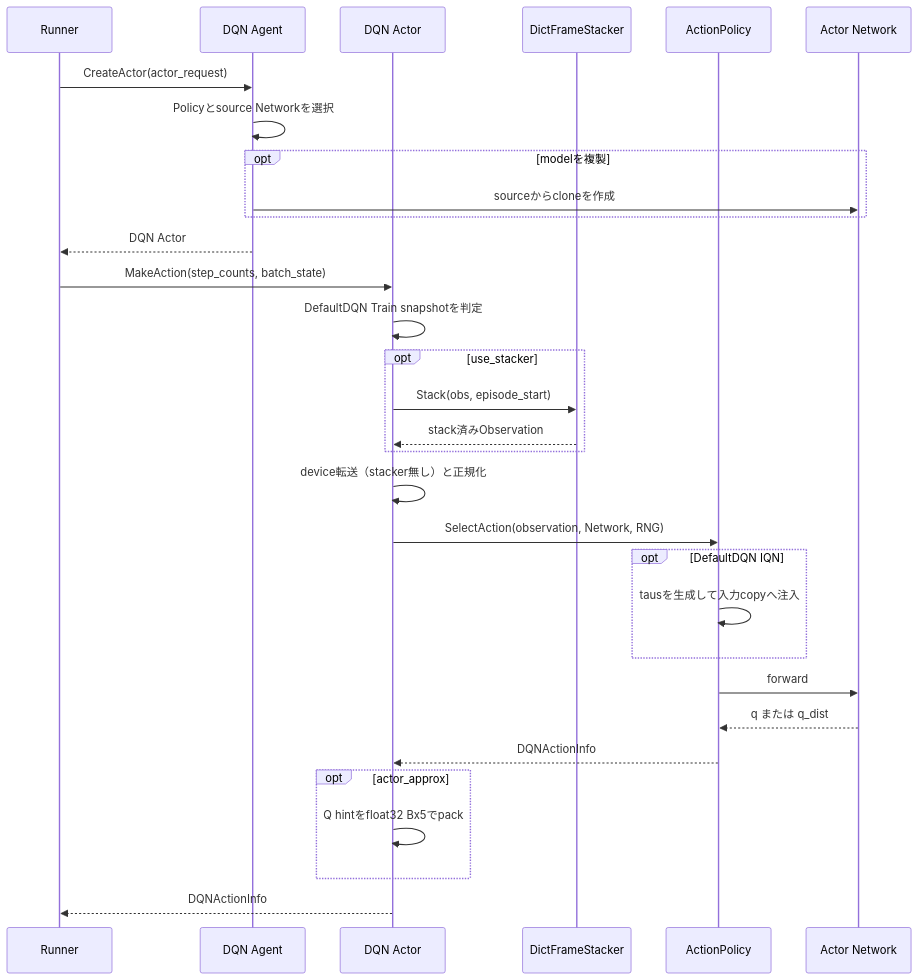
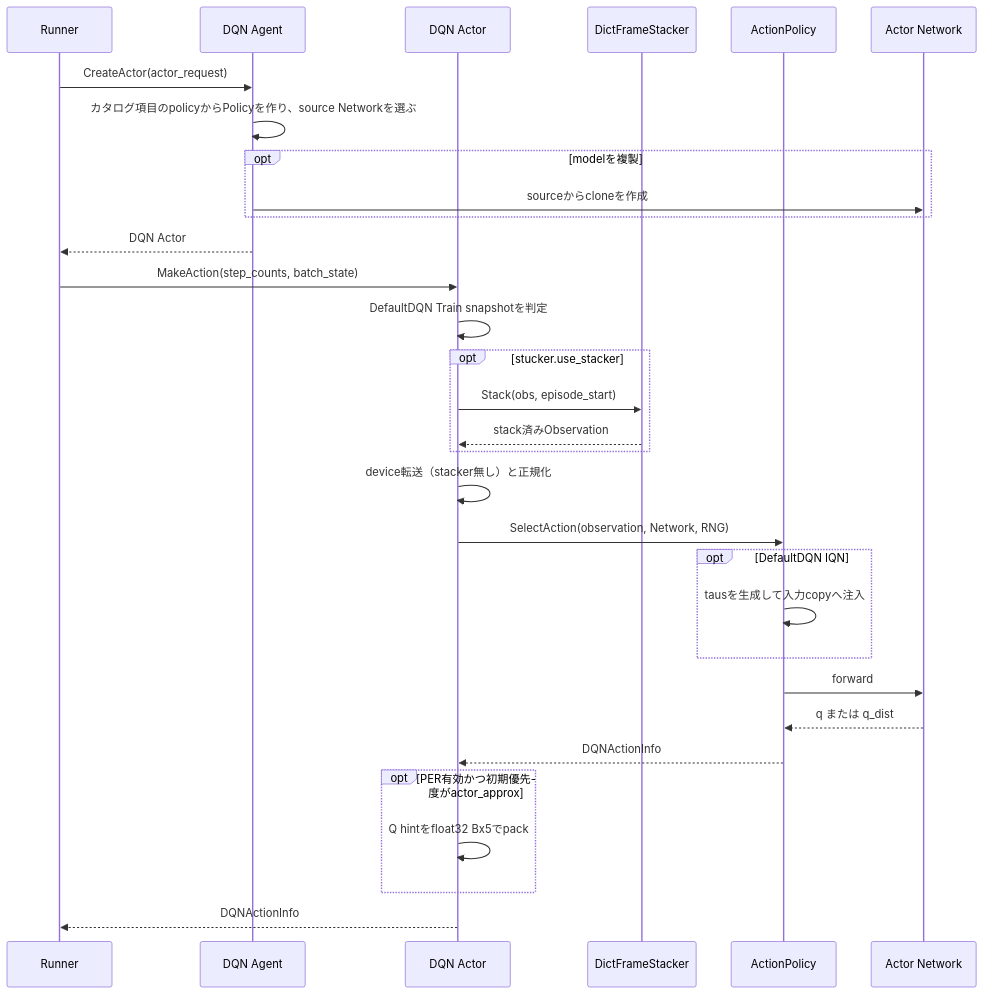
Before and after one commit to kazukin123/anet-lab: the ninth of 11 diagrams in docs/design/200_dqn_agents.jp.md, drawn with Mermaid. The commit also changed other lines of this file and 22 other files, not shown here.

````diff
--- a/docs/design/200_dqn_agents.jp.md
+++ b/docs/design/200_dqn_agents.jp.md
@@ -376,34 +381,34 @@
 ```mermaid
 sequenceDiagram
     participant R as Runner
     participant G as DQN Agent
     participant A as DQN Actor
     participant S as DictFrameStacker
     participant P as ActionPolicy
     participant N as Actor Network
 
     R->>G: CreateActor(actor_request)
-    G->>G: Policyとsource Networkを選択
+    G->>G: カタログ項目のpolicyからPolicyを作り、source Networkを選ぶ
     opt modelを複製
         G->>N: sourceからcloneを作成
     end
     G-->>R: DQN Actor
     R->>A: MakeAction(step_counts, batch_state)
     A->>A: DefaultDQN Train snapshotを判定
-    opt use_stacker
+    opt stucker.use_stacker
         A->>S: Stack(obs, episode_start)
         S-->>A: stack済みObservation
     end
     A->>A: device転送（stacker無し）と正規化
     A->>P: SelectAction(observation, Network, RNG)
     opt DefaultDQN IQN
         P->>P: tausを生成して入力copyへ注入
     end
     P->>N: forward
     N-->>P: q または q_dist
     P-->>A: DQNActionInfo
-    opt actor_approx
+    opt PER有効かつ初期優先度がactor_approx
         A->>A: Q hintをfloat32 Bx5でpack
     end
     A-->>R: DQNActionInfo
 ```
````
